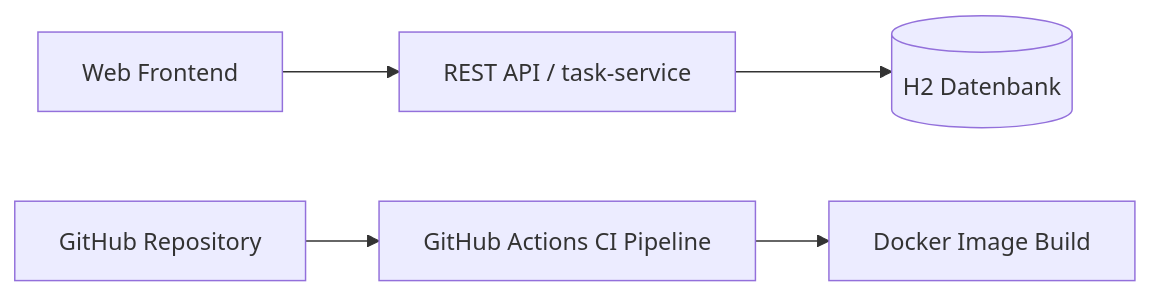
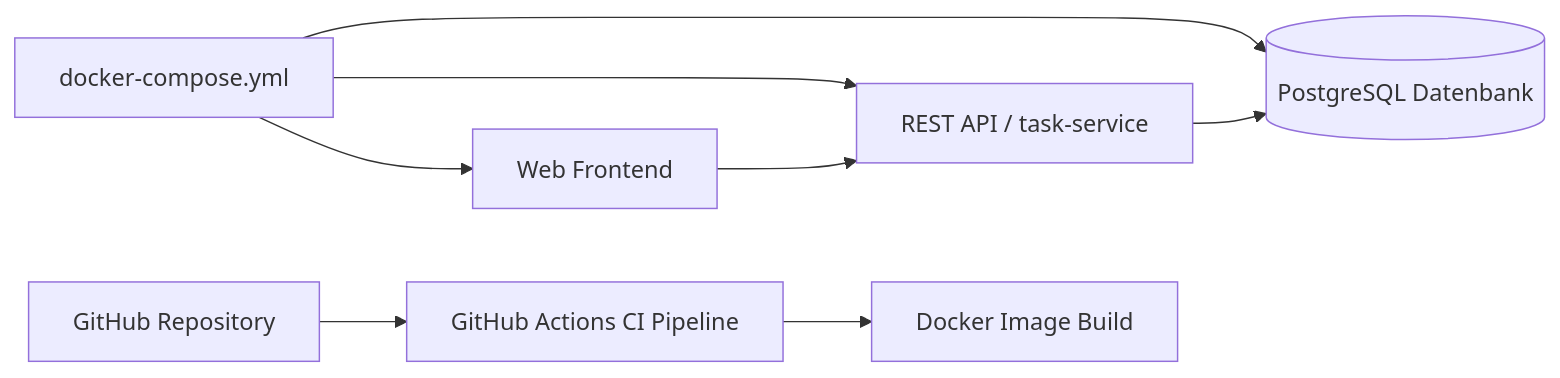
The second of 2 diagrams in docs/architecture.md (malikDHGE/taskboard-app), drawn with Mermaid before and after one commit. The commit also changed other lines of this file, not shown here.

Commit message:
Update architecture documentation to match PostgreSQL and compose setup

````diff
--- a/docs/architecture.md
+++ b/docs/architecture.md
@@ -96,7 +97,10 @@
 ```mermaid
 flowchart LR
     A[Web Frontend] --> B[REST API / task-service]
-    B --> C[(H2 Datenbank)]
+    B --> C[(PostgreSQL Datenbank)]
     D[GitHub Repository] --> E[GitHub Actions CI Pipeline]
     E --> F[Docker Image Build]
+    G[docker-compose.yml] --> C
+    G --> B
+    G --> A
 ```
````
